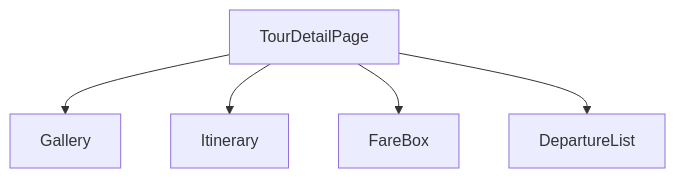
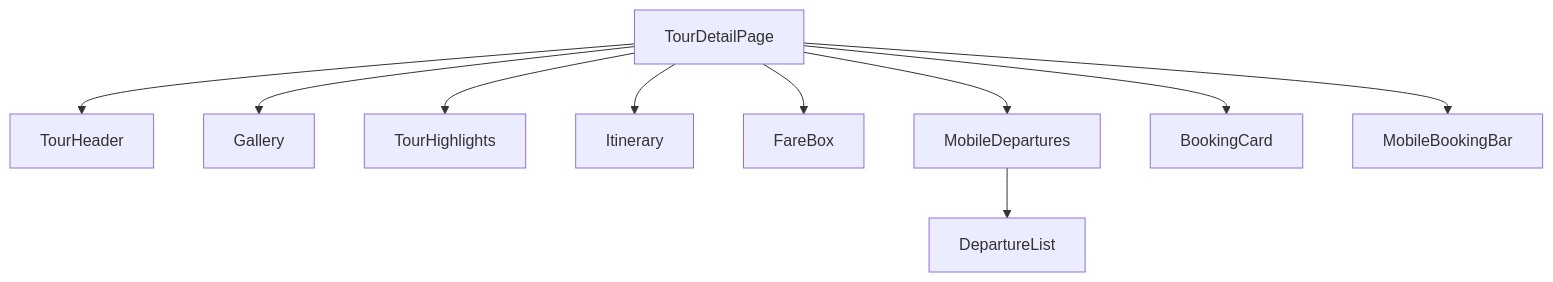
Before and after one commit to summer10920/summer10920.github.io: the seventh of 12 diagrams in source/_posts/lokiTech-15day-12-project-travel.md, drawn with Mermaid. The commit also changed other lines of this file and 1 other file, not shown here.

```diff
--- a/source/_posts/lokiTech-15day-12-project-travel.md
+++ b/source/_posts/lokiTech-15day-12-project-travel.md
@@ -2585,6 +2609,11 @@
 {% mermaid graph TD %}
-  page["TourDetailPage"] --> gallery["Gallery"]
+  page["TourDetailPage"] --> header["TourHeader"]
+  page --> gallery["Gallery"]
+  page --> highlights["TourHighlights"]
   page --> itinerary["Itinerary"]
   page --> fare["FareBox"]
-  page --> departures["DepartureList"]
+  page --> mobileDep["MobileDepartures"]
+  page --> card["BookingCard"]
+  page --> bar["MobileBookingBar"]
+  mobileDep --> list["DepartureList"]
 {% endmermaid %}
```
